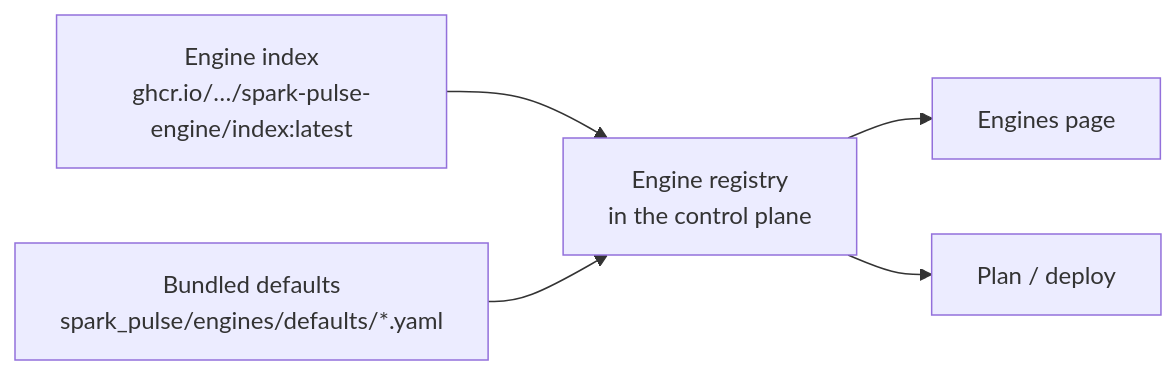
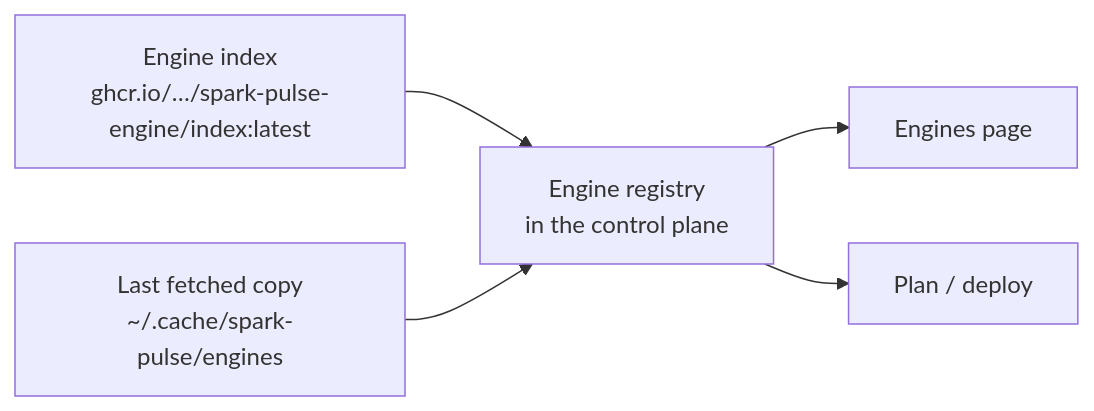
Before and after one commit to kharkevich-engineering-lab/spark-pulse: the diagram in docs/guide/engines.md, drawn with Mermaid. The commit also changed other lines of this file and 44 other files, not shown here.

````diff
--- a/docs/guide/engines.md
+++ b/docs/guide/engines.md
@@ -54,7 +54,7 @@
 ```mermaid
 flowchart LR
   IDX["Engine index<br/>ghcr.io/…/spark-pulse-engine/index:latest"] --> REG["Engine registry<br/>in the control plane"]
-  DEF["Bundled defaults<br/>spark_pulse/engines/defaults/*.yaml"] --> REG
+  CACHE["Last fetched copy<br/>~/.cache/spark-pulse/engines"] --> REG
   REG --> UI["Engines page"]
   REG --> PLAN["Plan / deploy"]
 ```
````
